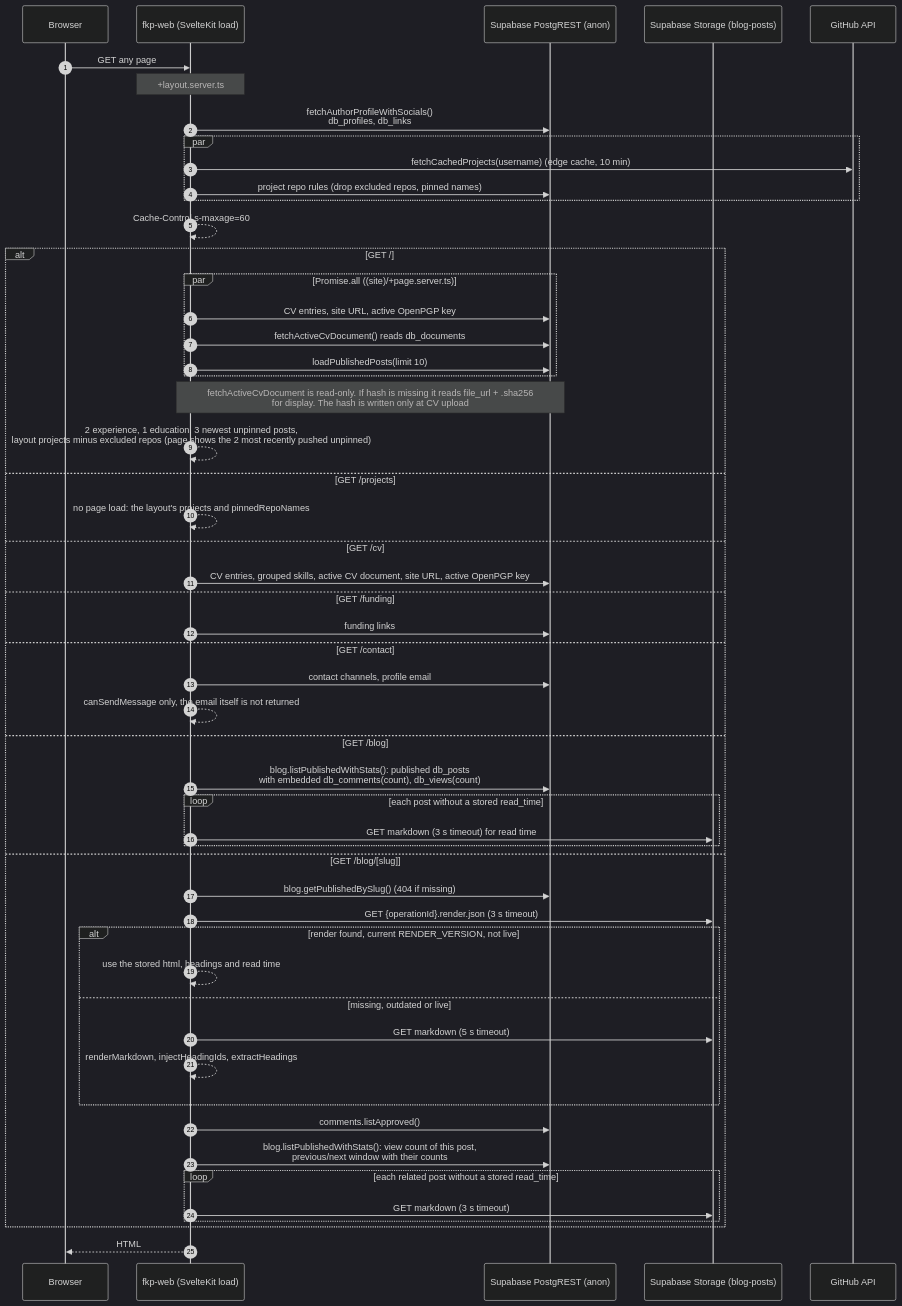
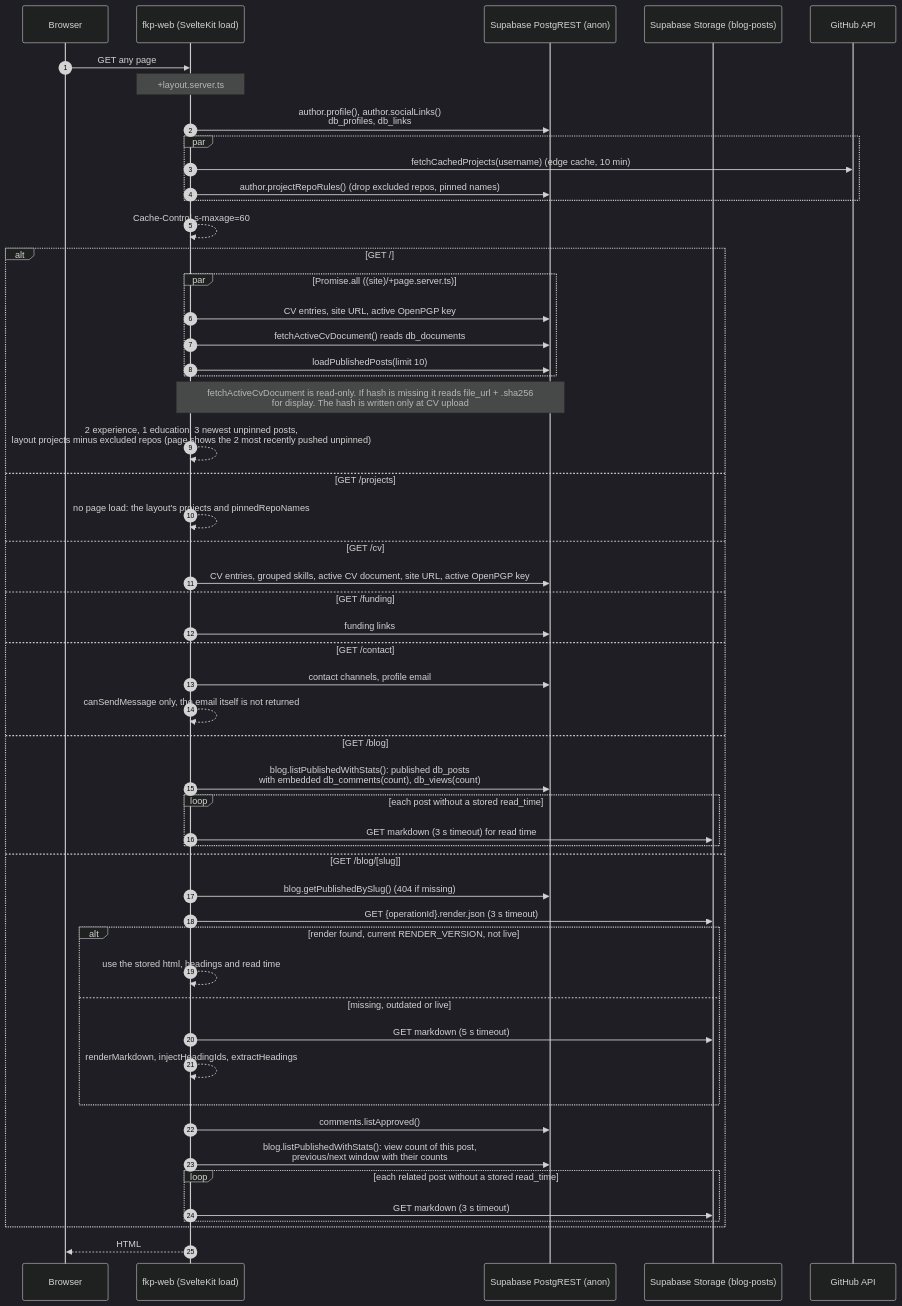
Before and after one commit to farhnkrnapratma/idstead: the diagram in docs/001-architecture/003-page-render.md, drawn with Mermaid (dark theme). The commit also changed other lines of this file and 41 other files, not shown here.

````diff
--- a/docs/001-architecture/003-page-render.md
+++ b/docs/001-architecture/003-page-render.md
@@ -5,57 +5,57 @@
 ```mermaid
 sequenceDiagram
     autonumber
     participant B as Browser
     participant W as fkp-web (SvelteKit load)
     participant DB as Supabase PostgREST (anon)
     participant ST as Supabase Storage (blog-posts)
     participant GH as GitHub API
 
     B->>W: GET any page
     Note over W: +layout.server.ts
-    W->>DB: fetchAuthorProfileWithSocials()<br/>db_profiles, db_links
+    W->>DB: author.profile(), author.socialLinks()<br/>db_profiles, db_links
     par
         W->>GH: fetchCachedProjects(username) (edge cache, 10 min)
-        W->>DB: project repo rules (drop excluded repos, pinned names)
+        W->>DB: author.projectRepoRules() (drop excluded repos, pinned names)
     end
     W-->>W: Cache-Control s-maxage=60
 
     alt GET /
         par Promise.all ((site)/+page.server.ts)
             W->>DB: CV entries, site URL, active OpenPGP key
             W->>DB: fetchActiveCvDocument() reads db_documents
             W->>DB: loadPublishedPosts(limit 10)
         end
         Note over W,DB: fetchActiveCvDocument is read-only. If hash is missing it reads file_url + .sha256<br/>for display. The hash is written only at CV upload
         W-->>W: 2 experience, 1 education, 3 newest unpinned posts,<br/>layout projects minus excluded repos (page shows the 2 most recently pushed unpinned)
     else GET /projects
         W-->>W: no page load: the layout's projects and pinnedRepoNames
     else GET /cv
         W->>DB: CV entries, grouped skills, active CV document, site URL, active OpenPGP key
     else GET /funding
         W->>DB: funding links
     else GET /contact
         W->>DB: contact channels, profile email
         W-->>W: canSendMessage only, the email itself is not returned
     else GET /blog
         W->>DB: blog.listPublishedWithStats(): published db_posts<br/>with embedded db_comments(count), db_views(count)
         loop each post without a stored read_time
             W->>ST: GET markdown (3 s timeout) for read time
         end
     else GET /blog/[slug]
         W->>DB: blog.getPublishedBySlug() (404 if missing)
         W->>ST: GET {operationId}.render.json (3 s timeout)
         alt render found, current RENDER_VERSION, not live
             W-->>W: use the stored html, headings and read time
         else missing, outdated or live
             W->>ST: GET markdown (5 s timeout)
             W-->>W: renderMarkdown, injectHeadingIds, extractHeadings
         end
         W->>DB: comments.listApproved()
         W->>DB: blog.listPublishedWithStats(): view count of this post,<br/>previous/next window with their counts
         loop each related post without a stored read_time
             W->>ST: GET markdown (3 s timeout)
         end
     end
     W-->>B: HTML
 ```
````
